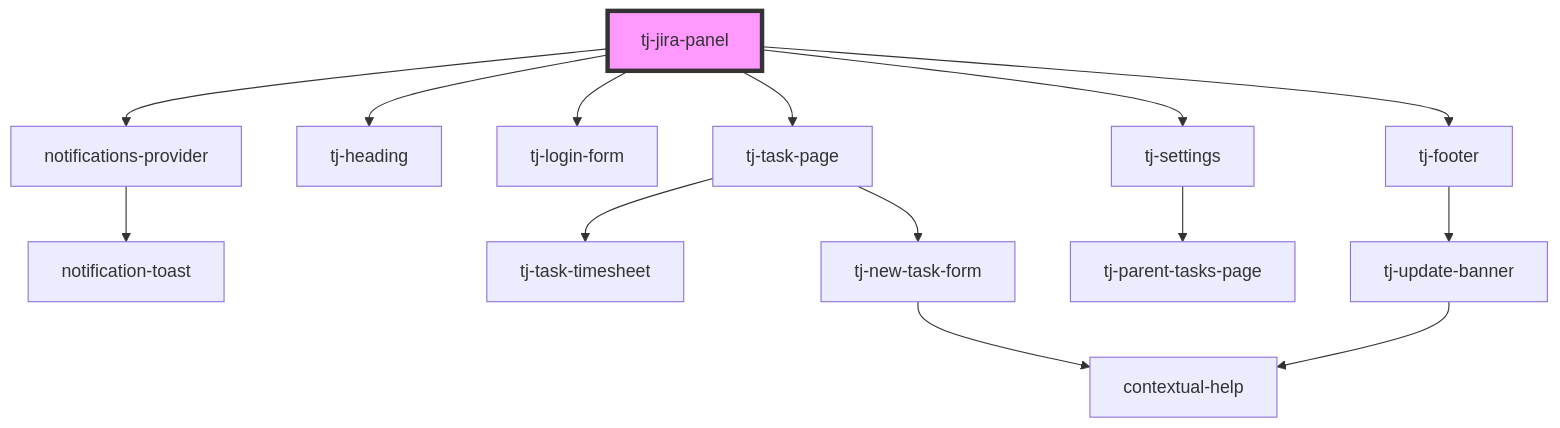
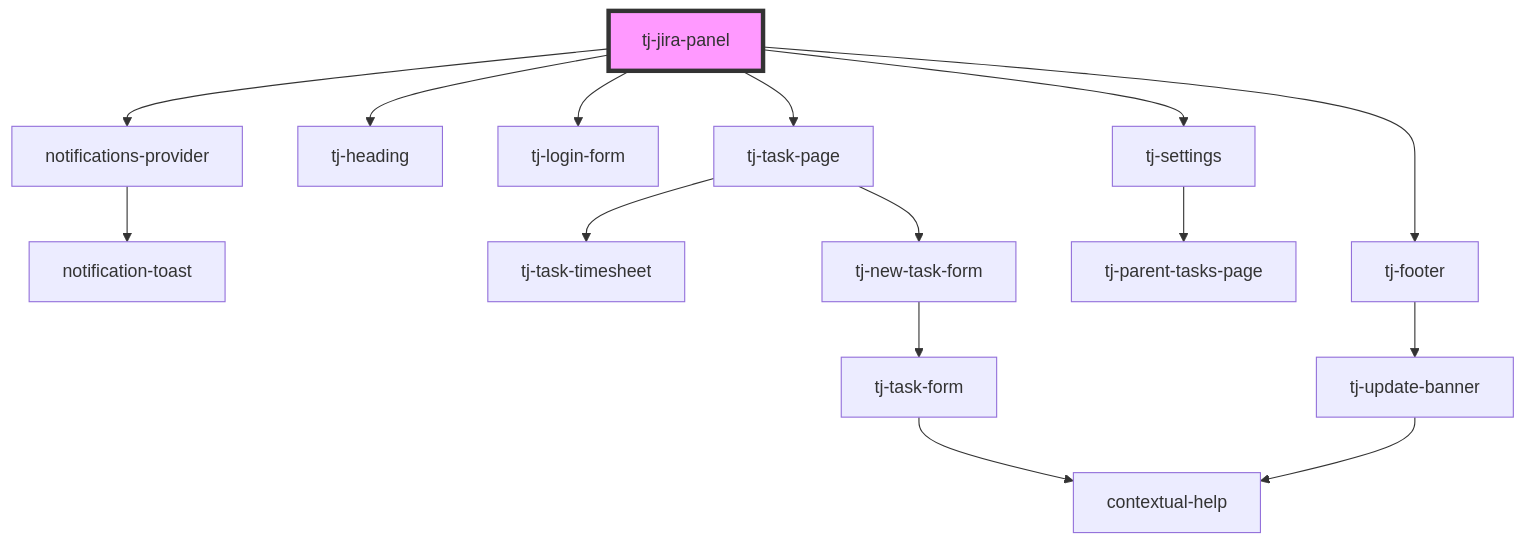
The diagram in src/components/tj-jira-panel/readme.md (davids-ensemble/tj-jira-panel), drawn with Mermaid before and after one commit. The commit also changed 16 other files, not shown here.

````diff
--- a/src/components/tj-jira-panel/readme.md
+++ b/src/components/tj-jira-panel/readme.md
@@ -30,17 +30,18 @@
 ```mermaid
 graph TD;
   tj-jira-panel --> notifications-provider
   tj-jira-panel --> tj-heading
   tj-jira-panel --> tj-login-form
   tj-jira-panel --> tj-task-page
   tj-jira-panel --> tj-settings
   tj-jira-panel --> tj-footer
   notifications-provider --> notification-toast
   tj-task-page --> tj-task-timesheet
   tj-task-page --> tj-new-task-form
-  tj-new-task-form --> contextual-help
+  tj-new-task-form --> tj-task-form
+  tj-task-form --> contextual-help
   tj-settings --> tj-parent-tasks-page
   tj-footer --> tj-update-banner
   tj-update-banner --> contextual-help
   style tj-jira-panel fill:#f9f,stroke:#333,stroke-width:4px
 ```
````
